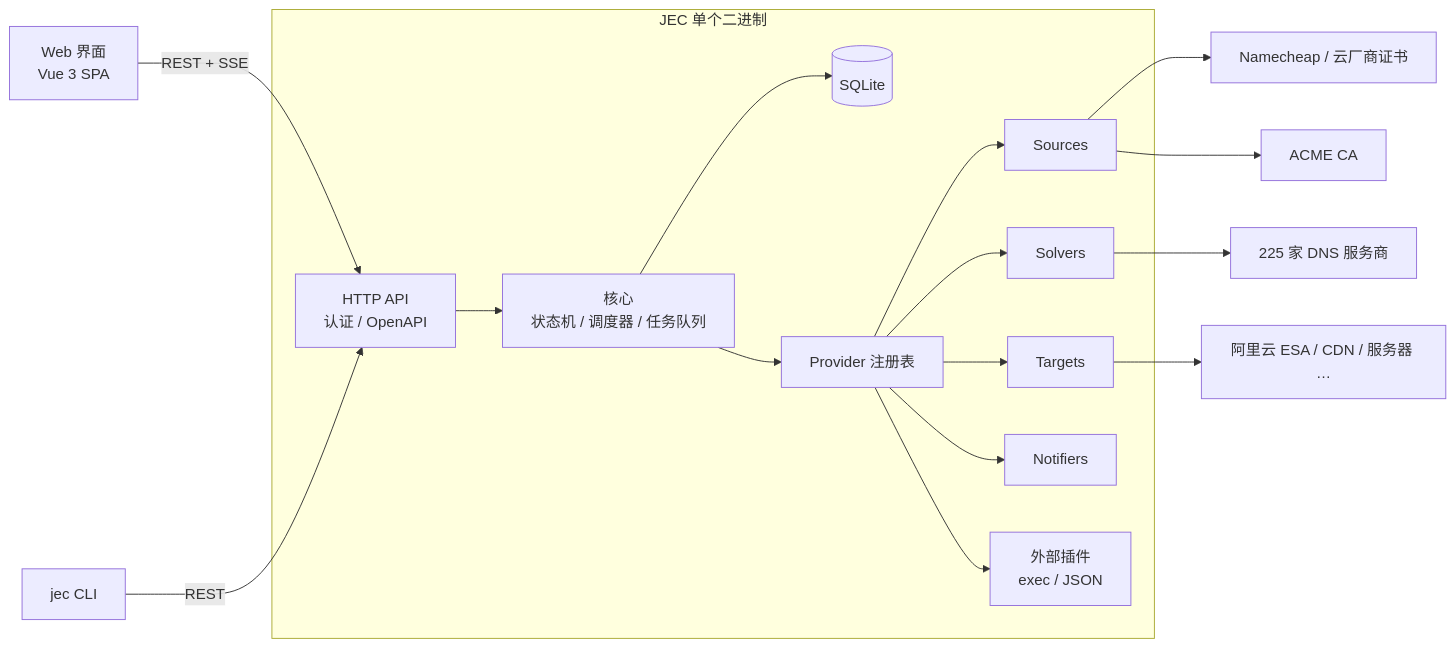
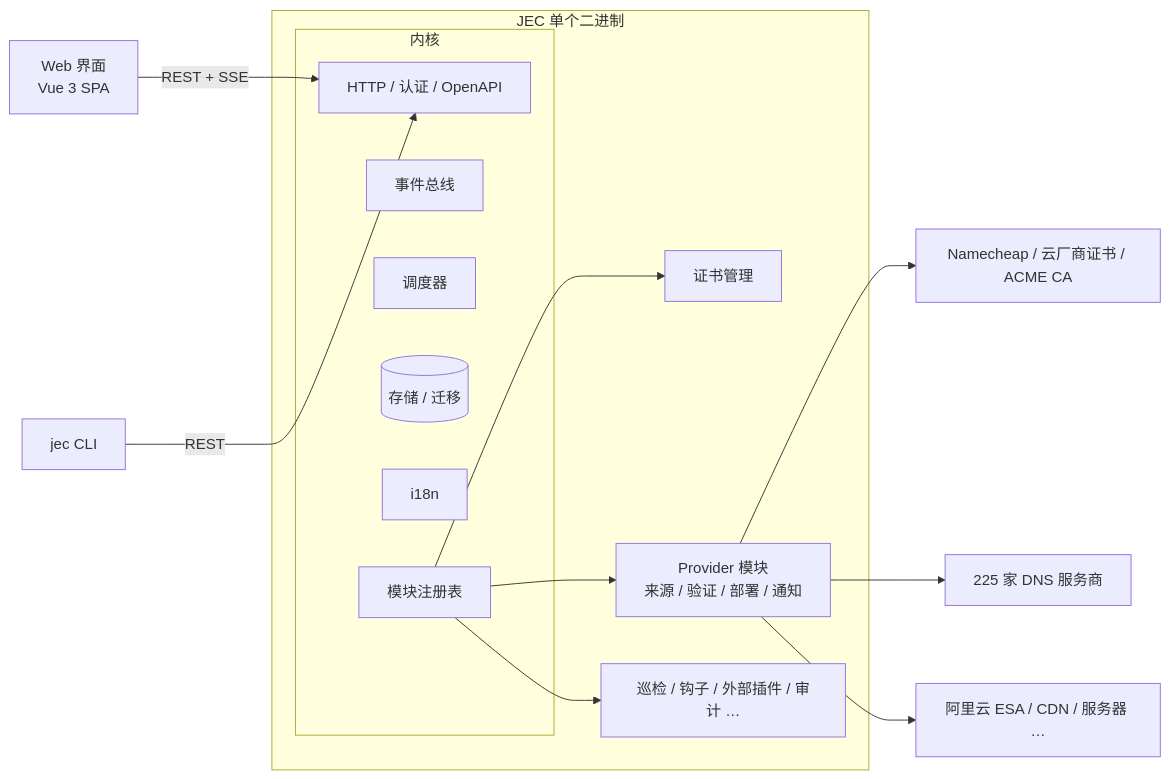
Before and after one commit to XMZO/JustEnoughCerts: the first of 2 diagrams in PLAN.md, drawn with Mermaid. The commit also changed other lines of this file, not shown here.

Commit message:
docs: add modular architecture and i18n design with CI gate

````diff
--- a/PLAN.md
+++ b/PLAN.md
@@ -64,19 +67,21 @@
 ```mermaid
 flowchart LR
   UI[Web 界面<br/>Vue 3 SPA] -->|REST + SSE| API
   CLI[jec CLI] -->|REST| API
   subgraph JEC 单个二进制
-    API[HTTP API<br/>认证 / OpenAPI] --> Core
-    Core[核心<br/>状态机 / 调度器 / 任务队列] --> Store[(SQLite)]
-    Core --> Reg[Provider 注册表]
-    Reg --> S[Sources]
-    Reg --> V[Solvers]
-    Reg --> T[Targets]
-    Reg --> N[Notifiers]
-    Reg --> P[外部插件<br/>exec / JSON]
+    subgraph Kernel[内核]
+      API[HTTP / 认证 / OpenAPI]
+      Bus[事件总线]
+      Sched[调度器]
+      Store[(存储 / 迁移)]
+      I18N[i18n]
+      Reg[模块注册表]
+    end
+    Reg --> M1[证书管理]
+    Reg --> M2[Provider 模块<br/>来源 / 验证 / 部署 / 通知]
+    Reg --> M3[巡检 / 钩子 / 外部插件 / 审计 …]
   end
-  S --> NC[Namecheap / 云厂商证书]
-  S --> ACME[ACME CA]
-  V --> DNS[225 家 DNS 服务商]
-  T --> ESA[阿里云 ESA / CDN / 服务器 …]
+  M2 --> NC[Namecheap / 云厂商证书 / ACME CA]
+  M2 --> DNS[225 家 DNS 服务商]
+  M2 --> ESA[阿里云 ESA / CDN / 服务器 …]
 ```
````
